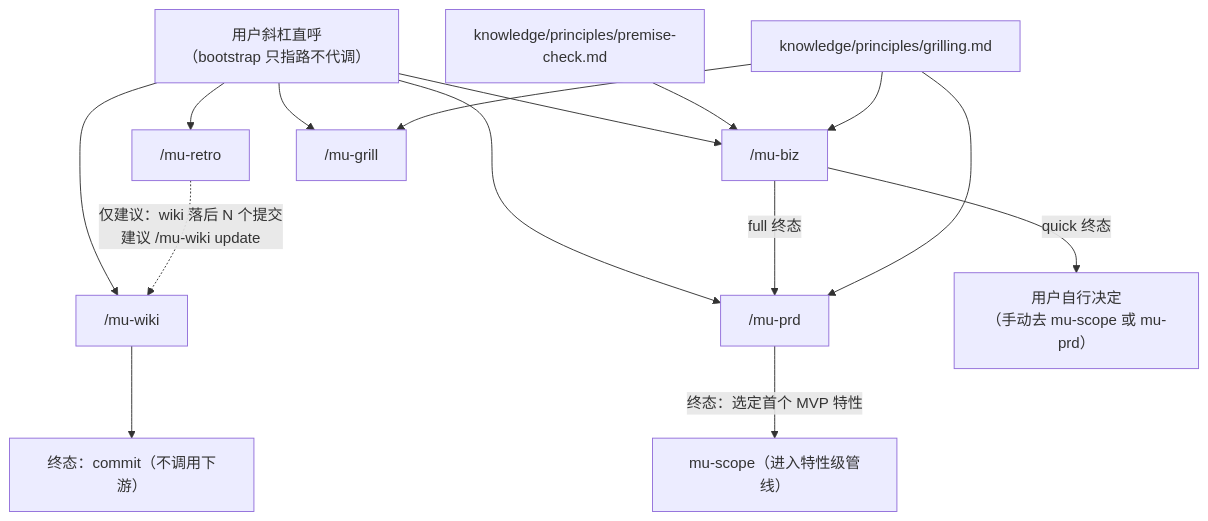
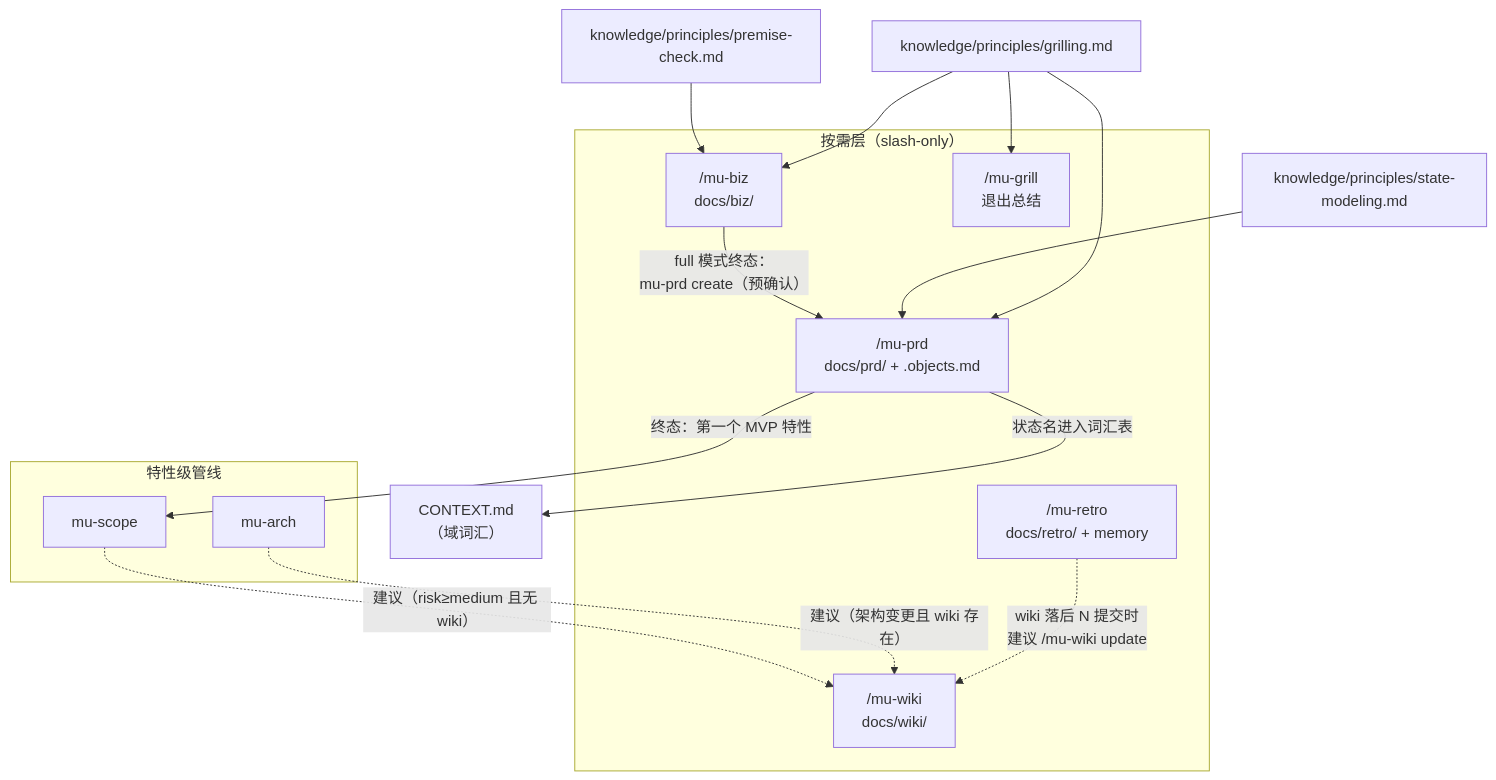
One commit to knotmark-ai/devmuse changed the diagram in docs/wiki/on-demand-skills.md. Above: the diagram before and after it, drawn with Mermaid. The commit also changed other lines of this file and 6 other files, not shown here.

First line of the commit message:
docs(wiki): update — regenerate 6 pages after v1.3.0 state-modeling release

````diff
--- a/docs/wiki/on-demand-skills.md
+++ b/docs/wiki/on-demand-skills.md
@@ -34,20 +37,30 @@
 ```mermaid
 graph TD
-    U["用户斜杠直呼<br/>（bootstrap 只指路不代调）"] --> BIZ["/mu-biz"]
-    U --> PRD["/mu-prd"]
-    U --> WIKI["/mu-wiki"]
-    U --> RETRO["/mu-retro"]
-    U --> GRILL["/mu-grill"]
+    subgraph OnDemand["按需层（slash-only）"]
+        BIZ["/mu-biz<br/>docs/biz/"]
+        PRD["/mu-prd<br/>docs/prd/ + .objects.md"]
+        WIKI["/mu-wiki<br/>docs/wiki/"]
+        RETRO["/mu-retro<br/>docs/retro/ + memory"]
+        GRILL["/mu-grill<br/>退出总结"]
+    end
+    subgraph Pipeline["特性级管线"]
+        SCOPE["mu-scope"]
+        ARCH["mu-arch"]
+    end
+    PC["knowledge/principles/premise-check.md"]
+    SM["knowledge/principles/state-modeling.md"]
+    GR["knowledge/principles/grilling.md"]
+    CTX["CONTEXT.md<br/>（域词汇）"]
 
-    BIZ -->|quick 终态| UD["用户自行决定<br/>（手动去 mu-scope 或 mu-prd）"]
-    BIZ -->|full 终态| PRD
-    PRD -->|终态：选定首个 MVP 特性| SCOPE["mu-scope（进入特性级管线）"]
-
-    RETRO -.->|"仅建议：wiki 落后 N 个提交<br/>建议 /mu-wiki update"| WIKI
-    WIKI --> COMMIT["终态：commit（不调用下游）"]
-
-    PC["knowledge/principles/premise-check.md"] --> BIZ
-    G["knowledge/principles/grilling.md"] --> BIZ
-    G --> PRD
-    G --> GRILL
+    PC --> BIZ
+    BIZ -->|"full 模式终态：<br/>mu-prd create（预确认）"| PRD
+    SM --> PRD
+    PRD -->|"终态：第一个 MVP 特性"| SCOPE
+    PRD -->|"状态名进入词汇表"| CTX
+    SCOPE -.->|"建议（risk≥medium 且无 wiki）"| WIKI
+    ARCH -.->|"建议（架构变更且 wiki 存在）"| WIKI
+    RETRO -.->|"wiki 落后 N 提交时<br/>建议 /mu-wiki update"| WIKI
+    GR --> GRILL
+    GR --> BIZ
+    GR --> PRD
 ```
````
